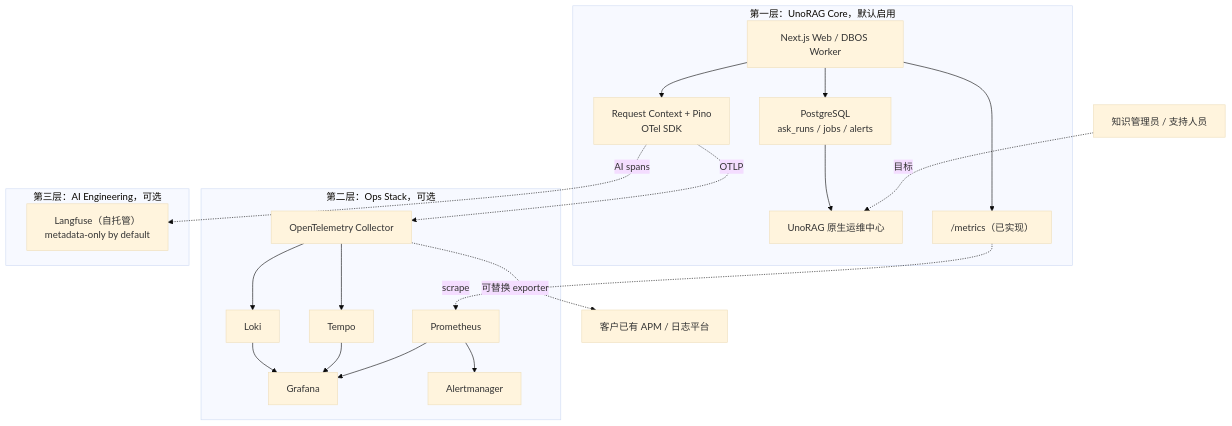
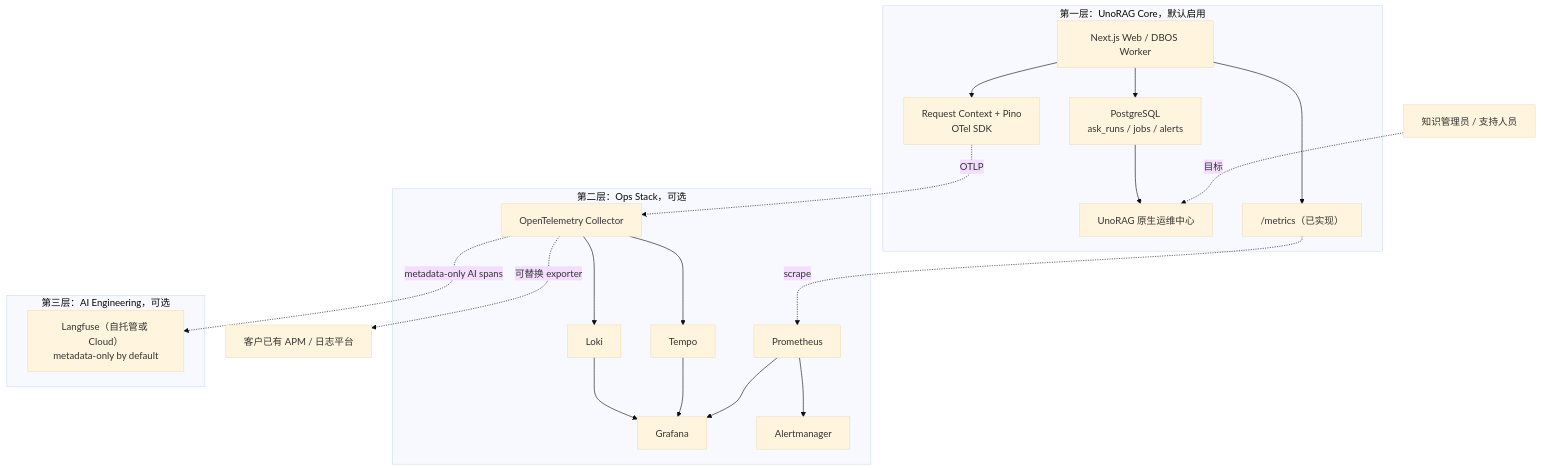
Before and after one commit to codexlin/UnoRAG: the diagram in docs/design/observability.md, drawn with Mermaid (base theme). The commit also changed other lines of this file and 31 other files, not shown here.

Commit message:
feat(observability): add metadata-only langfuse integration

````diff
--- a/docs/design/observability.md
+++ b/docs/design/observability.md
@@ -52,39 +53,39 @@
 ```mermaid
 flowchart TB
     User["知识管理员 / 支持人员"] -. "目标" .-> Native["UnoRAG 原生运维中心"]
 
     subgraph Core["第一层：UnoRAG Core，默认启用"]
         App["Next.js Web / DBOS Worker"]
         Context["Request Context + Pino\nOTel SDK"]
         DB["PostgreSQL\nask_runs / jobs / alerts"]
         Metrics["/metrics（已实现）"]
         App --> Context
         App --> DB
         App --> Metrics
         DB --> Native
     end
 
     subgraph Ops["第二层：Ops Stack，可选"]
         Collector["OpenTelemetry Collector"]
         Prom["Prometheus"]
         Grafana["Grafana"]
         Tempo["Tempo"]
         Loki["Loki"]
         Alerts["Alertmanager"]
         Collector --> Tempo
         Collector --> Loki
         Prom --> Grafana
         Tempo --> Grafana
         Loki --> Grafana
         Prom --> Alerts
     end
 
     subgraph AI["第三层：AI Engineering，可选"]
-        Langfuse["Langfuse（自托管）\nmetadata-only by default"]
+        Langfuse["Langfuse（自托管或 Cloud）\nmetadata-only by default"]
     end
 
     Context -. "OTLP" .-> Collector
     Metrics -. "scrape" .-> Prom
-    Context -. "AI spans" .-> Langfuse
+    Collector -. "metadata-only AI spans" .-> Langfuse
     Collector -. "可替换 exporter" .-> Existing["客户已有 APM / 日志平台"]
 ```
````
